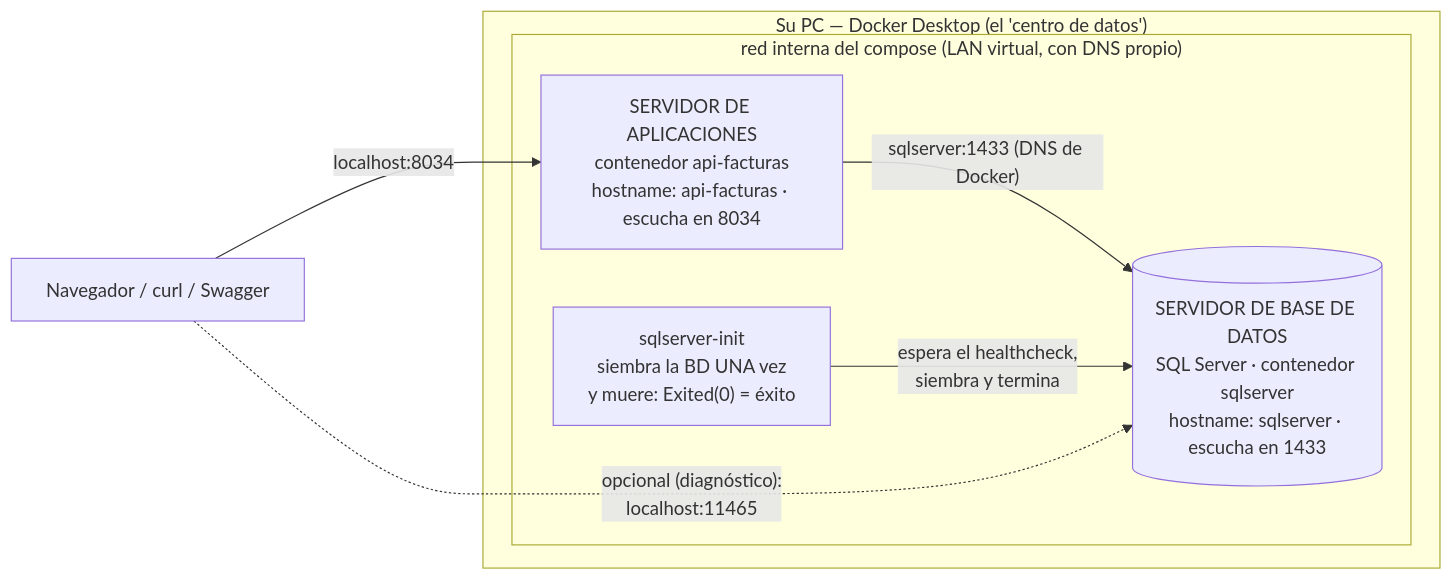
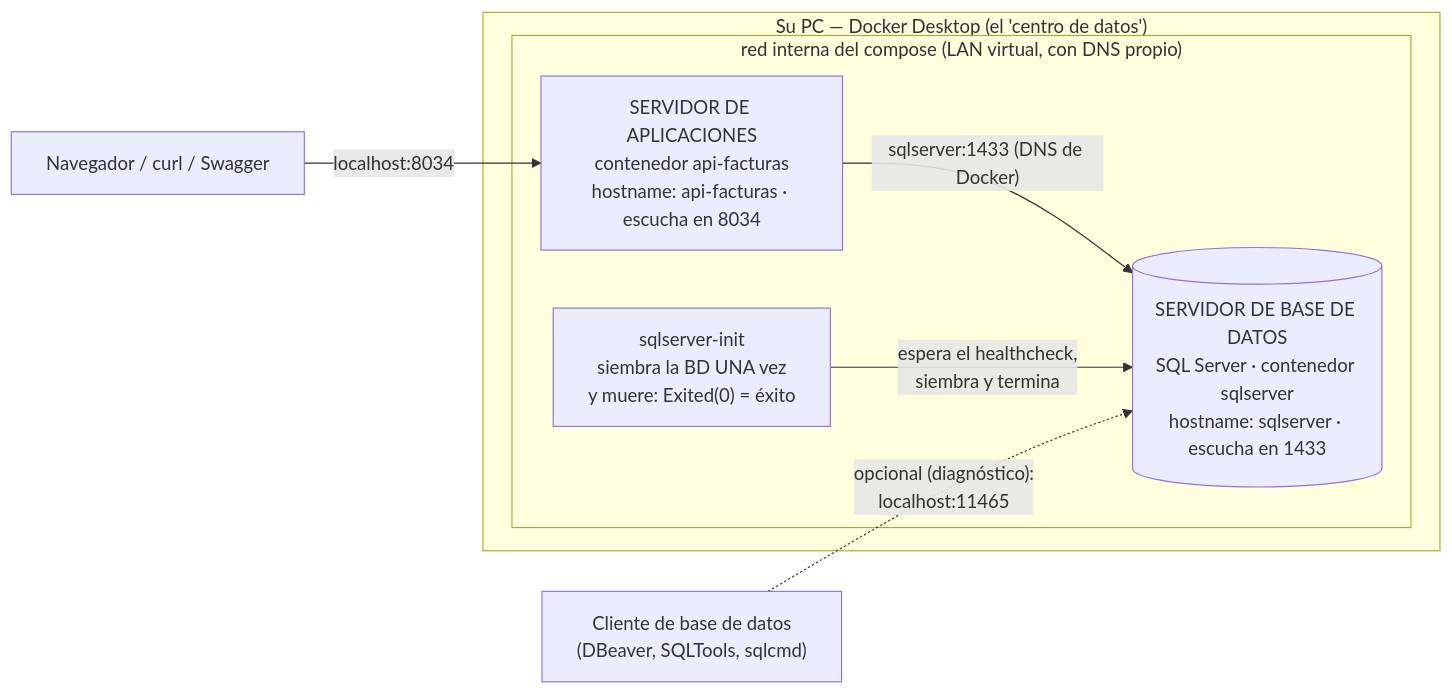
One commit to ccastro2050/proyecto_aplicacion_y_servicios_web3 changed the first of 2 diagrams in docs/CONCEPTOS_DOCKER.md. Above: the diagram before and after it, drawn with Mermaid. The commit also changed other lines of this file, not shown here.

First line of the commit message:
docs(docker): el diagrama sale del docker-compose real, y ninguna flecha miente

````diff
--- a/docs/CONCEPTOS_DOCKER.md
+++ b/docs/CONCEPTOS_DOCKER.md
@@ -193,15 +193,16 @@
 ```mermaid
 flowchart LR
     NAV["Navegador / curl / Swagger"]
+    CLIENTE["Cliente de base de datos<br/>(DBeaver, SQLTools, sqlcmd)"]
     subgraph PC["Su PC — Docker Desktop (el 'centro de datos')"]
         subgraph RED["red interna del compose (LAN virtual, con DNS propio)"]
             APIFACTURAS["SERVIDOR DE APLICACIONES<br/>contenedor api-facturas<br/>hostname: api-facturas · escucha en 8034"]
+            SQLSERVERINIT["sqlserver-init<br/>siembra la BD UNA vez<br/>y muere: Exited(0) = éxito"]
             SQLSERVER[("SERVIDOR DE BASE DE DATOS<br/>SQL Server · contenedor sqlserver<br/>hostname: sqlserver · escucha en 1433")]
-            SQLSERVERINIT["sqlserver-init<br/>siembra la BD UNA vez<br/>y muere: Exited(0) = éxito"]
         end
     end
     NAV -->|"localhost:8034"| APIFACTURAS
     APIFACTURAS -->|"sqlserver:1433 (DNS de Docker)"| SQLSERVER
     SQLSERVERINIT -->|"espera el healthcheck,<br/>siembra y termina"| SQLSERVER
-    NAV -.->|"opcional (diagnóstico):<br/>localhost:11465"| SQLSERVER
+    CLIENTE -.->|"opcional (diagnóstico):<br/>localhost:11465"| SQLSERVER
 ```
````
